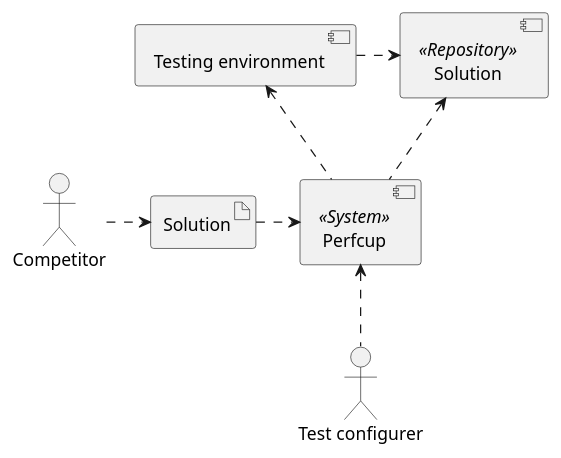
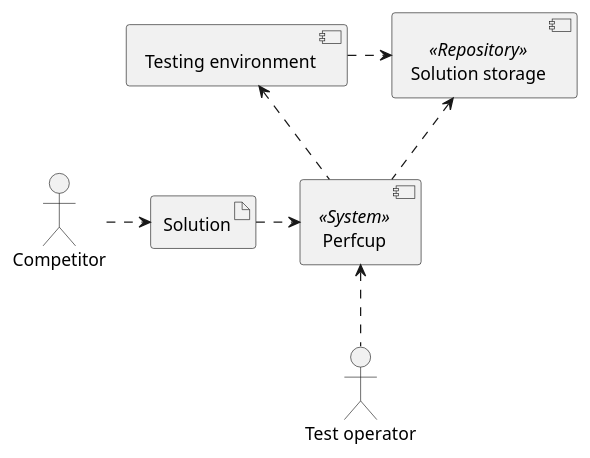
The diagram in doc/sad/03_context.adoc (yanchumak/perfcup), drawn with PlantUML before and after one commit. The commit also changed 4 other files, not shown here.

```diff
--- a/doc/sad/03_context.adoc
+++ b/doc/sad/03_context.adoc
@@ -9,17 +9,17 @@
 [plantuml, generic-context, png]
 ....
 @startuml
 actor "Competitor" as c
 artifact Solution as s
-actor "Test configurer" as tc
-component "Solution" <<Repository>> as sr
+actor "Test operator" as to
+component "Solution storage" <<Repository>> as sr
 component "Perfcup" <<System>> as ps
 component "Testing environment" as te
 s <.left- c
 s -right.> ps
-ps <.down- tc
+ps <.down- to
 ps -up.> sr
 ps -up.> te
 te -right.> sr
 @enduml
 ....
```
